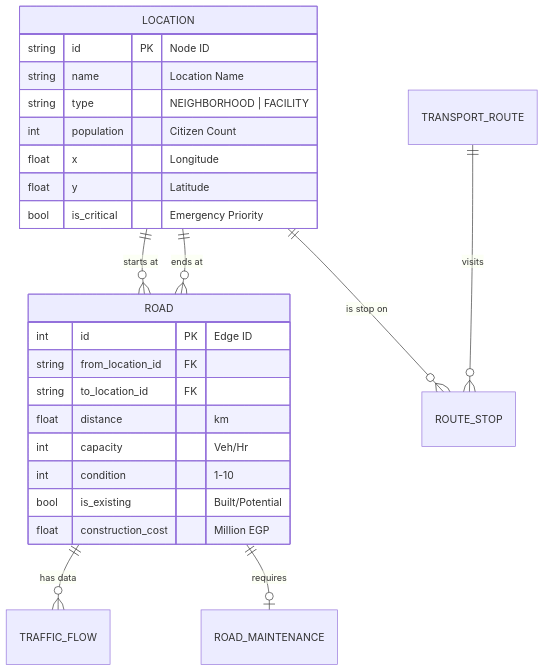
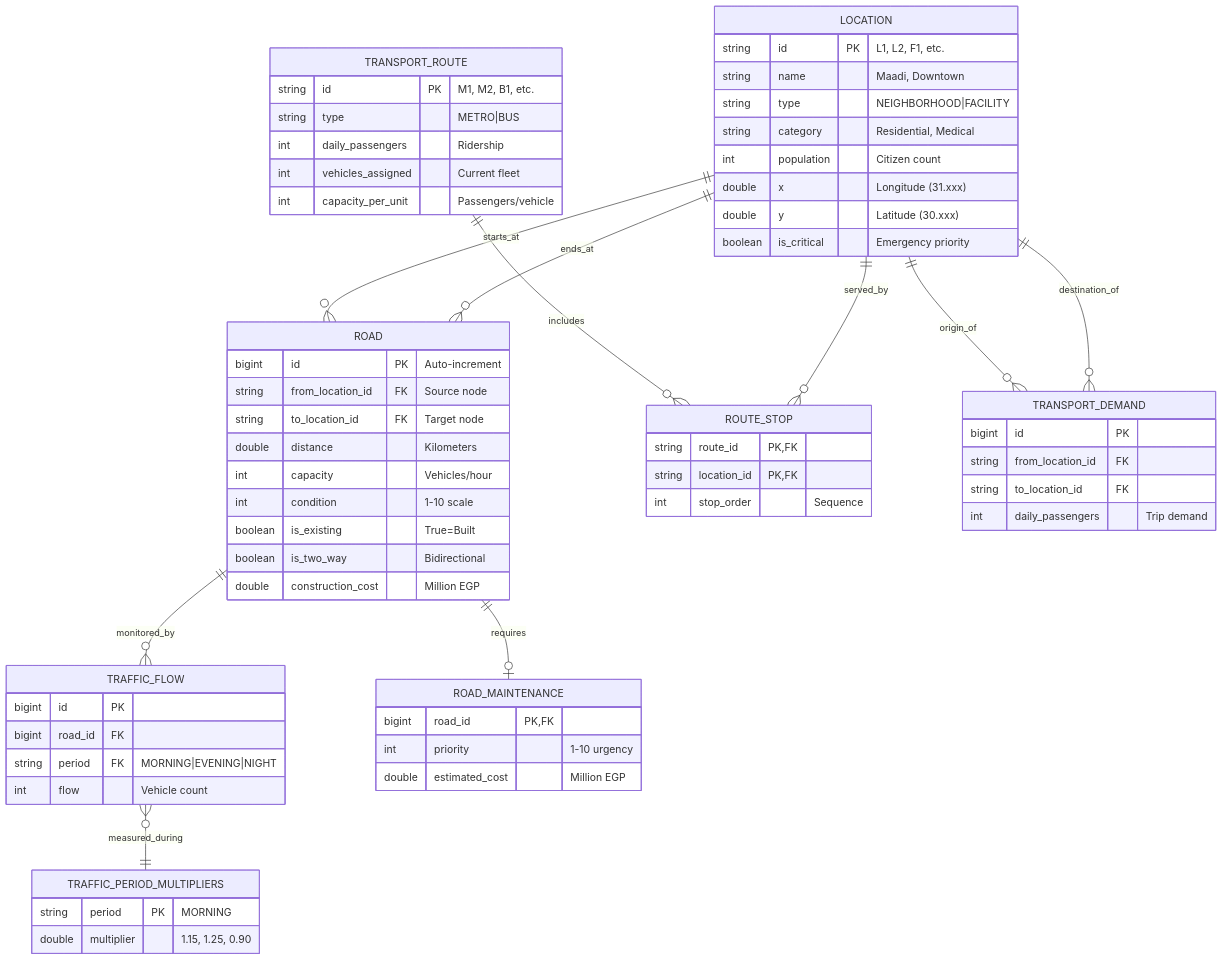
One commit to AIU-SoftWave/Greater-Cairo-Transportation-Network changed the second of 4 diagrams in REPORT.md. Above: the diagram before and after it, drawn with Mermaid. The commit also changed other lines of this file and 1 other file, not shown here.

````diff
--- a/REPORT.md
+++ b/REPORT.md
@@ -140,29 +487,74 @@
 ```mermaid
 erDiagram
-    LOCATION ||--o{ ROAD : "starts at"
-    LOCATION ||--o{ ROAD : "ends at"
-    ROAD ||--o{ TRAFFIC_FLOW : "has data"
+    LOCATION ||--o{ ROAD : "starts_at"
+    LOCATION ||--o{ ROAD : "ends_at"
+    ROAD ||--o{ TRAFFIC_FLOW : "monitored_by"
+    TRAFFIC_FLOW }o--|| TRAFFIC_PERIOD_MULTIPLIERS : "measured_during"
     ROAD ||--o| ROAD_MAINTENANCE : "requires"
-    TRANSPORT_ROUTE ||--o{ ROUTE_STOP : "visits"
-    LOCATION ||--o{ ROUTE_STOP : "is stop on"
+    TRANSPORT_ROUTE ||--o{ ROUTE_STOP : "includes"
+    LOCATION ||--o{ ROUTE_STOP : "served_by"
+    LOCATION ||--o{ TRANSPORT_DEMAND : "origin_of"
+    LOCATION ||--o{ TRANSPORT_DEMAND : "destination_of"
 
     LOCATION {
-        string id PK "Node ID"
-        string name "Location Name"
-        string type "NEIGHBORHOOD | FACILITY"
-        int population "Citizen Count"
-        float x "Longitude"
-        float y "Latitude"
-        bool is_critical "Emergency Priority"
+        string id PK "L1, L2, F1, etc."
+        string name "Maadi, Downtown"
+        string type "NEIGHBORHOOD|FACILITY"
+        string category "Residential, Medical"
+        int population "Citizen count"
+        double x "Longitude (31.xxx)"
+        double y "Latitude (30.xxx)"
+        boolean is_critical "Emergency priority"
     }
+
     ROAD {
-        int id PK "Edge ID"
+        bigint id PK "Auto-increment"
+        string from_location_id FK "Source node"
+        string to_location_id FK "Target node"
+        double distance "Kilometers"
+        int capacity "Vehicles/hour"
+        int condition "1-10 scale"
+        boolean is_existing "True=Built"
+        boolean is_two_way "Bidirectional"
+        double construction_cost "Million EGP"
+    }
+
+    TRAFFIC_FLOW {
+        bigint id PK
+        bigint road_id FK
+        string period FK "MORNING|EVENING|NIGHT"
+        int flow "Vehicle count"
+    }
+
+    TRAFFIC_PERIOD_MULTIPLIERS {
+        string period PK "MORNING"
+        double multiplier "1.15, 1.25, 0.90"
+    }
+
+    ROAD_MAINTENANCE {
+        bigint road_id PK, FK
+        int priority "1-10 urgency"
+        double estimated_cost "Million EGP"
+    }
+
+    TRANSPORT_ROUTE {
+        string id PK "M1, M2, B1, etc."
+        string type "METRO|BUS"
+        int daily_passengers "Ridership"
+        int vehicles_assigned "Current fleet"
+        int capacity_per_unit "Passengers/vehicle"
+    }
+
+    ROUTE_STOP {
+        string route_id PK, FK
+        string location_id PK, FK
+        int stop_order "Sequence"
+    }
+
+    TRANSPORT_DEMAND {
+        bigint id PK
         string from_location_id FK
         string to_location_id FK
-        float distance "km"
-        int capacity "Veh/Hr"
-        int condition "1-10"
-        bool is_existing "Built/Potential"
-        float construction_cost "Million EGP"
+        int daily_passengers "Trip demand"
     }
 ```
````
